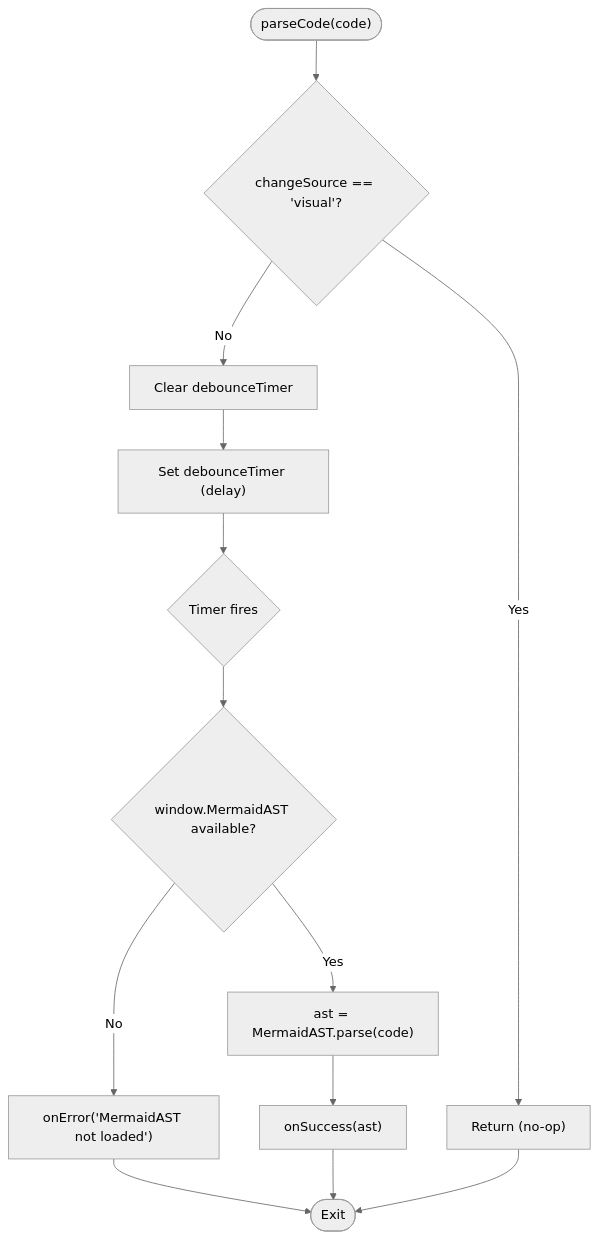
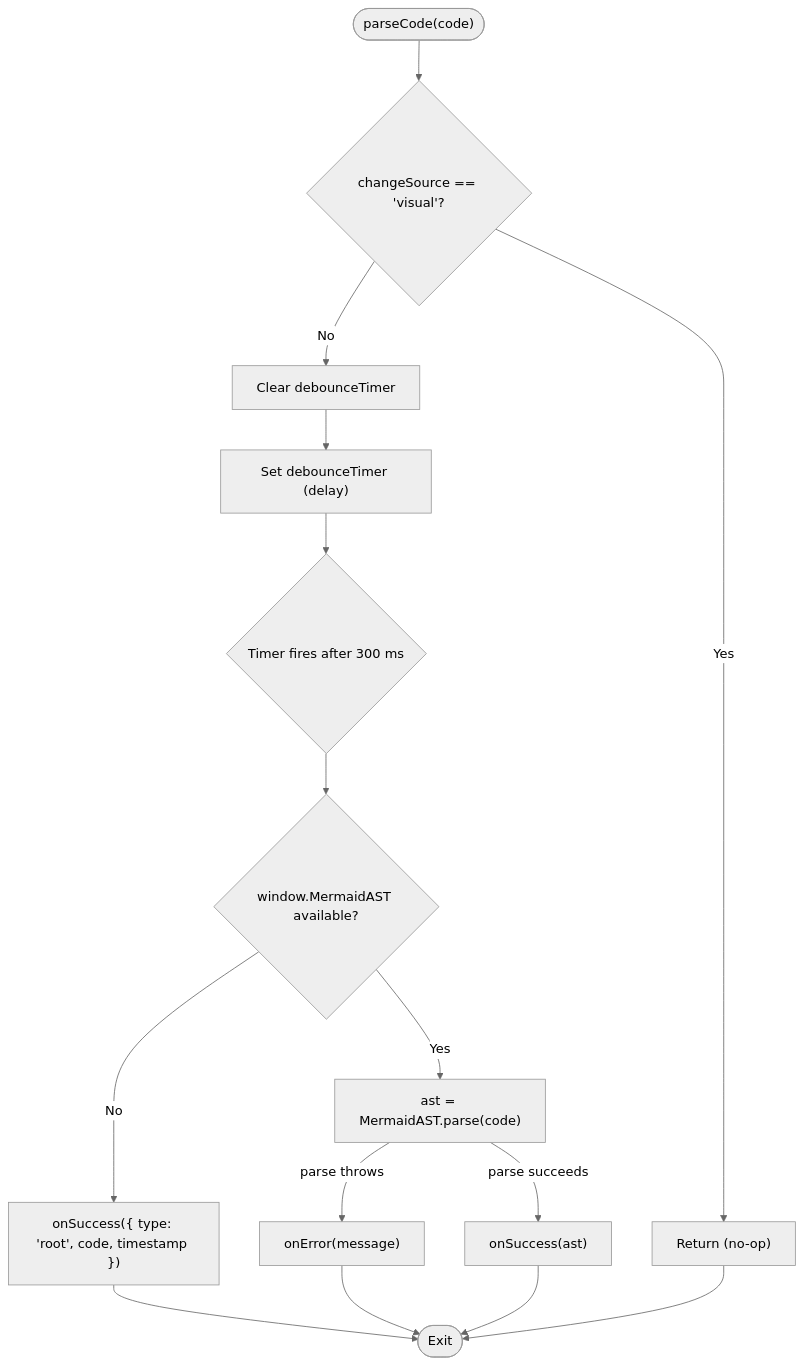
Before and after one commit to ongchonghian/universal-diagram-editor: the fifth of 6 diagrams in .qoder/repowiki/en/content/Advanced Features/Bi-directional Synchronization.md, drawn with Mermaid (neutral theme). The commit also changed other lines of this file and 31 other files, not shown here.

````diff
--- a/.qoder/repowiki/en/content/Advanced Features/Bi-directional Synchronization.md
+++ b/.qoder/repowiki/en/content/Advanced Features/Bi-directional Synchronization.md
@@ -354,15 +338,17 @@
 ```mermaid
 flowchart TD
 Start(["parseCode(code)"]) --> Guard{"changeSource == 'visual'?"}
 Guard --> |Yes| Return["Return (no-op)"]
 Guard --> |No| Clear["Clear debounceTimer"]
 Clear --> Schedule["Set debounceTimer (delay)"]
-Schedule --> Timeout{"Timer fires"}
+Schedule --> Timeout{"Timer fires after 300 ms"}
 Timeout --> CheckAST{"window.MermaidAST available?"}
-CheckAST --> |No| OnError["onError('MermaidAST not loaded')"]
+CheckAST --> |No| Placeholder["onSuccess({ type: 'root', code, timestamp })"]
 CheckAST --> |Yes| Parse["ast = MermaidAST.parse(code)"]
-Parse --> OnSuccess["onSuccess(ast)"]
-OnError --> End(["Exit"])
+Parse --> |parse succeeds| OnSuccess["onSuccess(ast)"]
+Parse --> |parse throws| OnError["onError(message)"]
+Placeholder --> End(["Exit"])
+OnError --> End
 OnSuccess --> End
 Return --> End
 ```
````
